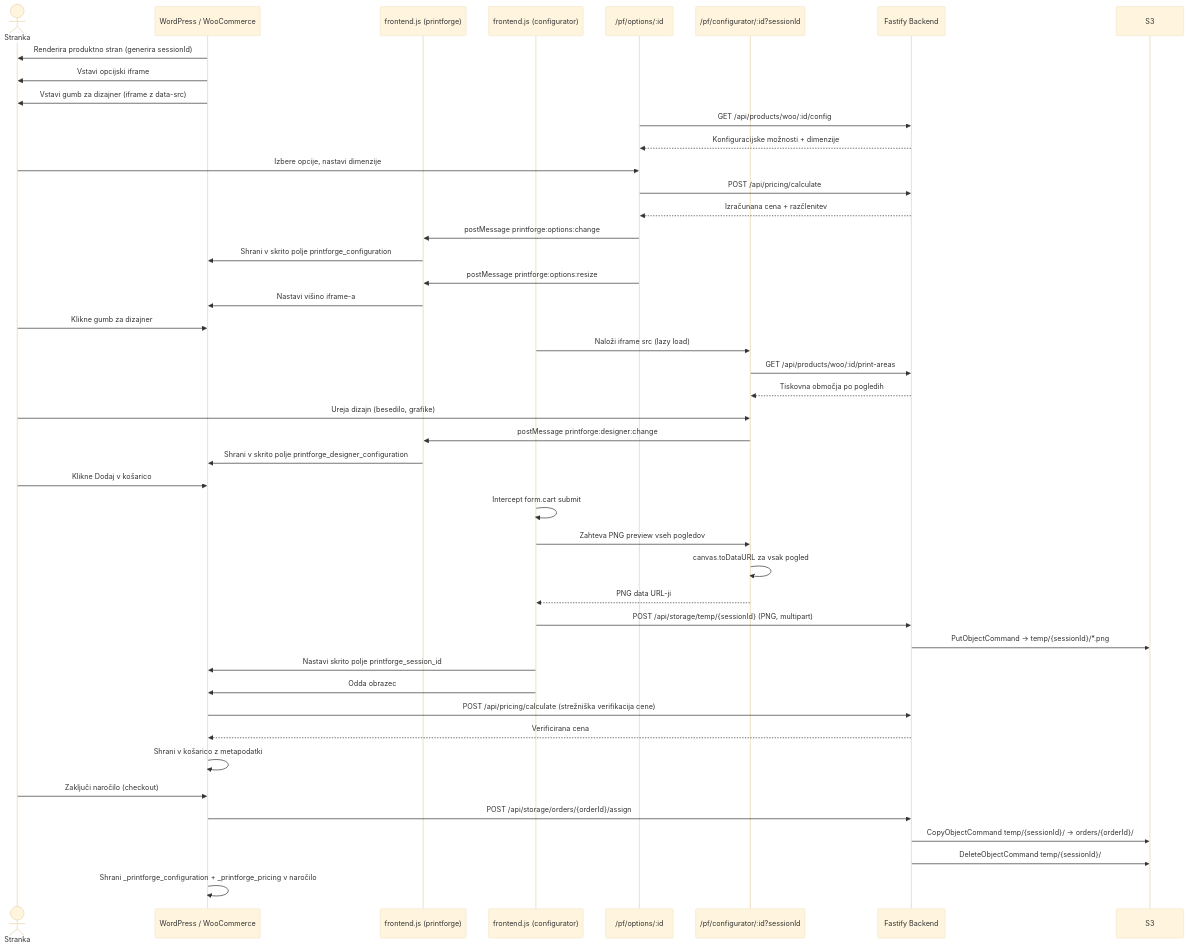
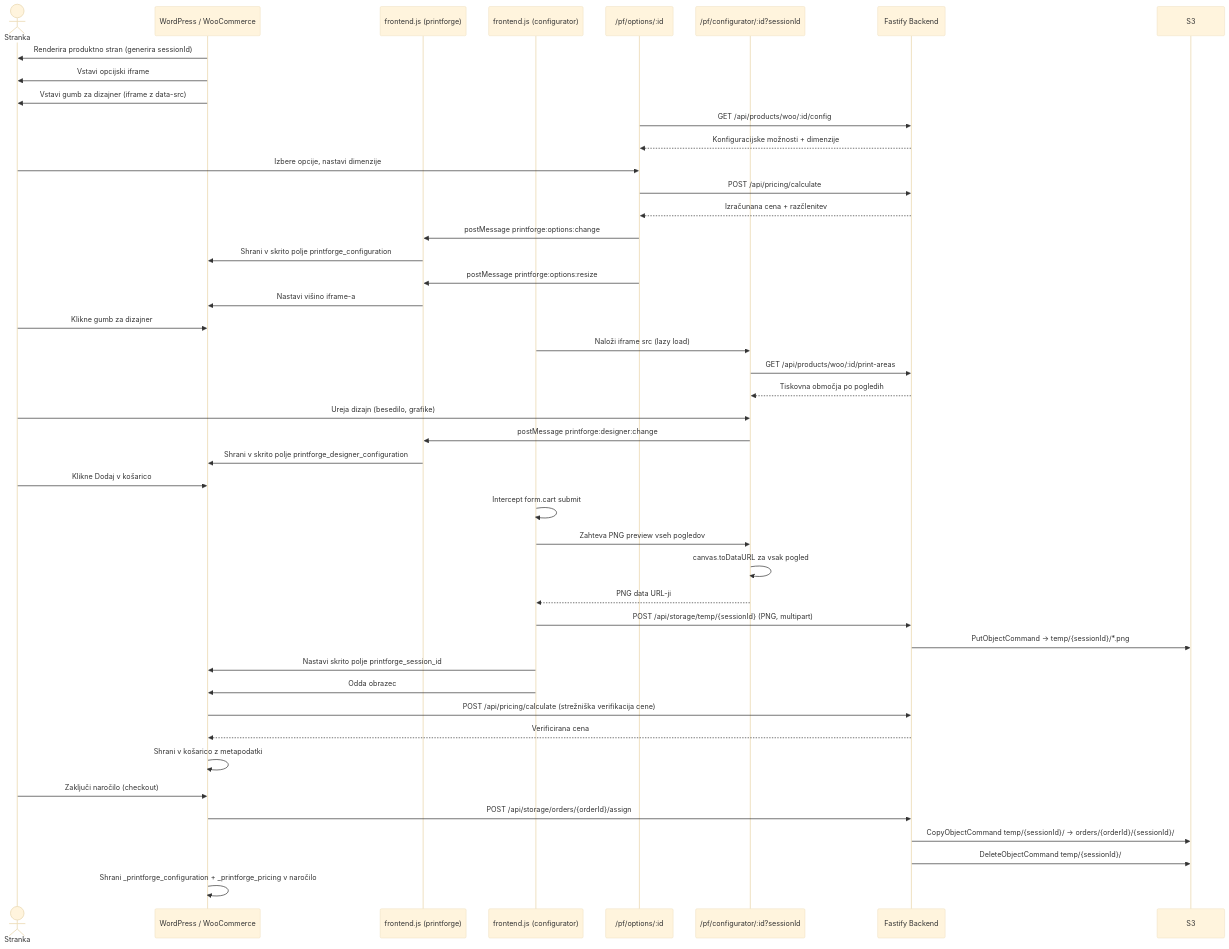
One commit to neoxk/printforge changed diagram 18 of 20 in README.md. Above: the diagram before and after it, drawn with Mermaid (base theme). The commit also changed other lines of this file and 6 other files, not shown here.

````diff
--- a/README.md
+++ b/README.md
@@ -1169,54 +1279,54 @@
 ```mermaid
 sequenceDiagram
     actor Stranka
     participant WP as WordPress / WooCommerce
     participant OptJS as frontend.js (printforge)
     participant CfgJS as frontend.js (configurator)
     participant OptionsIframe as /pf/options/:id
     participant DesignerIframe as /pf/configurator/:id?sessionId
     participant Backend as Fastify Backend
     participant S3
 
     WP->>Stranka: Renderira produktno stran (generira sessionId)
     WP->>Stranka: Vstavi opcijski iframe
     WP->>Stranka: Vstavi gumb za dizajner (iframe z data-src)
 
     OptionsIframe->>Backend: GET /api/products/woo/:id/config
     Backend-->>OptionsIframe: Konfiguracijske možnosti + dimenzije
 
     Stranka->>OptionsIframe: Izbere opcije, nastavi dimenzije
     OptionsIframe->>Backend: POST /api/pricing/calculate
     Backend-->>OptionsIframe: Izračunana cena + razčlenitev
     OptionsIframe->>OptJS: postMessage printforge:options:change
     OptJS->>WP: Shrani v skrito polje printforge_configuration
     OptionsIframe->>OptJS: postMessage printforge:options:resize
     OptJS->>WP: Nastavi višino iframe-a
 
     Stranka->>WP: Klikne gumb za dizajner
     CfgJS->>DesignerIframe: Naloži iframe src (lazy load)
     DesignerIframe->>Backend: GET /api/products/woo/:id/print-areas
     Backend-->>DesignerIframe: Tiskovna območja po pogledih
     Stranka->>DesignerIframe: Ureja dizajn (besedilo, grafike)
     DesignerIframe->>OptJS: postMessage printforge:designer:change
     OptJS->>WP: Shrani v skrito polje printforge_designer_configuration
 
     Stranka->>WP: Klikne Dodaj v košarico
     CfgJS->>CfgJS: Intercept form.cart submit
     CfgJS->>DesignerIframe: Zahteva PNG preview vseh pogledov
     DesignerIframe->>DesignerIframe: canvas.toDataURL za vsak pogled
     DesignerIframe-->>CfgJS: PNG data URL-ji
     CfgJS->>Backend: POST /api/storage/temp/{sessionId} (PNG, multipart)
     Backend->>S3: PutObjectCommand → temp/{sessionId}/*.png
     CfgJS->>WP: Nastavi skrito polje printforge_session_id
     CfgJS->>WP: Odda obrazec
 
     WP->>Backend: POST /api/pricing/calculate (strežniška verifikacija cene)
     Backend-->>WP: Verificirana cena
     WP->>WP: Shrani v košarico z metapodatki
 
     Stranka->>WP: Zaključi naročilo (checkout)
     WP->>Backend: POST /api/storage/orders/{orderId}/assign
-    Backend->>S3: CopyObjectCommand temp/{sessionId}/ → orders/{orderId}/
+    Backend->>S3: CopyObjectCommand temp/{sessionId}/ → orders/{orderId}/{sessionId}/
     Backend->>S3: DeleteObjectCommand temp/{sessionId}/
     WP->>WP: Shrani _printforge_configuration + _printforge_pricing v naročilo
 ```
````
